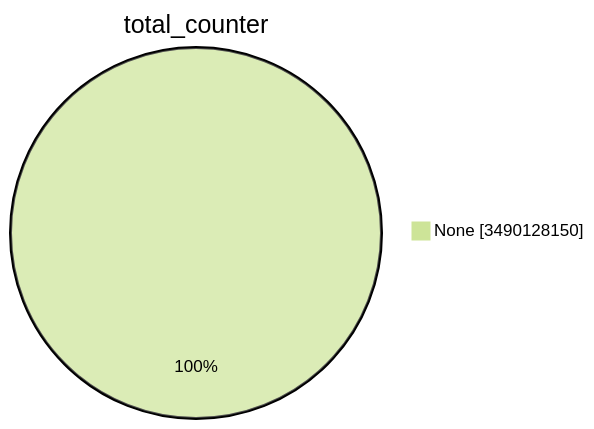
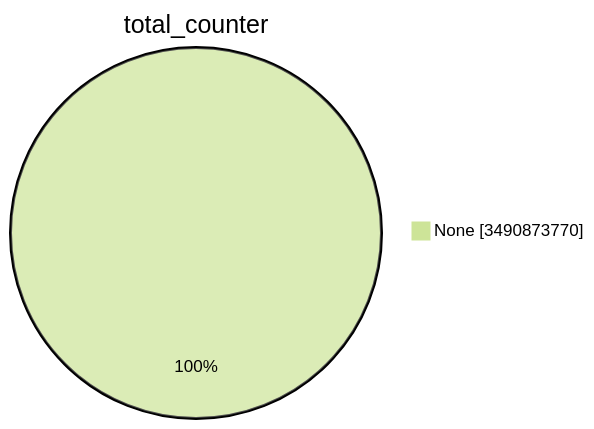
One commit to christiankrug/ctmonitor_visualization changed the first of 15 diagrams in TOTAL/README.md. Above: the diagram before and after it, drawn with Mermaid (forest theme). The commit also changed other lines of this file, not shown here.

````diff
--- a/TOTAL/README.md
+++ b/TOTAL/README.md
@@ -1,5 +1,5 @@
 ```mermaid
 pie showData
 title total_counter
-"None" :3490128150
+"None" :3490873770
 ```
````
